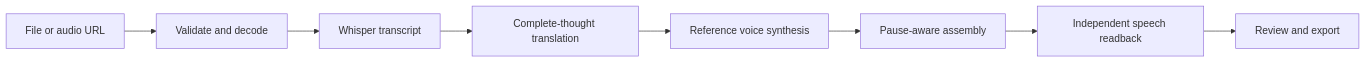
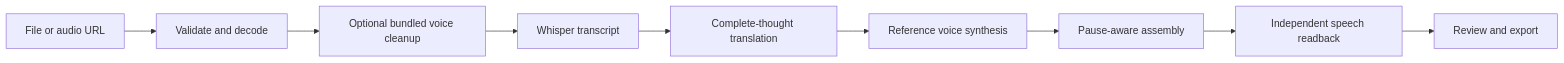
Before and after one commit to rjchakraborty/localdub: the diagram in README.md, drawn with Mermaid. The commit also changed other lines of this file and 12 other files, not shown here.

Commit message:
Bundle optional voice cleanup before speech processing

````diff
--- a/README.md
+++ b/README.md
@@ -100,10 +100,11 @@
 ```mermaid
 flowchart LR
   A[File or audio URL] --> B[Validate and decode]
-  B --> C[Whisper transcript]
+  B --> P[Optional bundled voice cleanup]
+  P --> C[Whisper transcript]
   C --> D[Complete-thought translation]
   D --> E[Reference voice synthesis]
   E --> F[Pause-aware assembly]
   F --> G[Independent speech readback]
   G --> H[Review and export]
 ```
````
